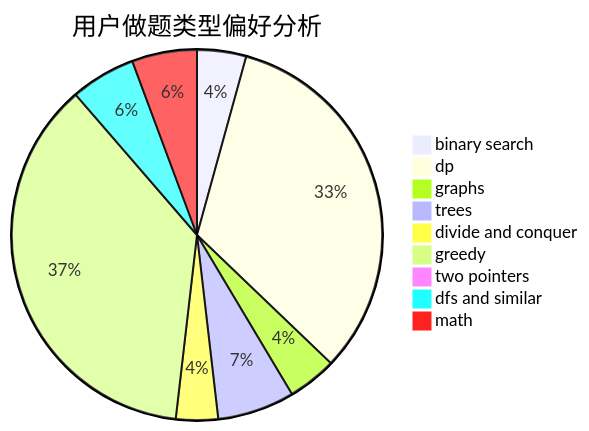
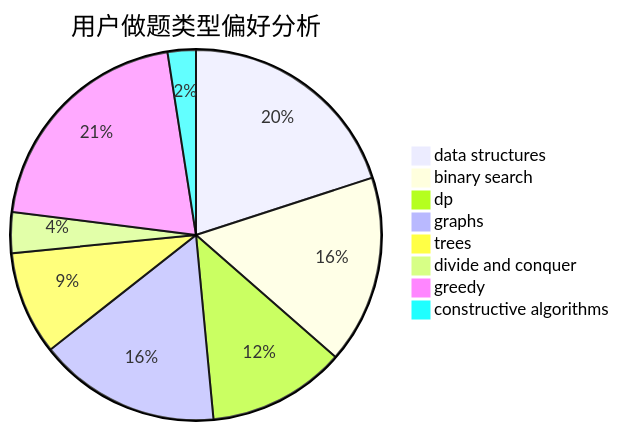
The second of 3 diagrams in docs/user/u911.md (sherpahu/cfrs.github.io), drawn with Mermaid before and after one commit. The commit also changed other lines of this file and 2775 other files, not shown here.

````diff
--- a/docs/user/u911.md
+++ b/docs/user/u911.md
@@ -23,12 +23,11 @@
 ```mermaid
 pie title 用户做题类型偏好分析
-    "binary search" :  77
-    "dp" :  591
-    "graphs" :  77
-    "trees" :  121
-    "divide and conquer" :  66
-    "greedy" :  662
-    "two pointers" :  15
-    "dfs and similar" :  102
-    "math" :  102
+    "data structures" :  73
+    "binary search" :  60
+    "dp" :  44
+    "graphs" :  58
+    "trees" :  33
+    "divide and conquer" :  13
+    "greedy" :  75
+    "constructive algorithms" :  9
 ```
````
